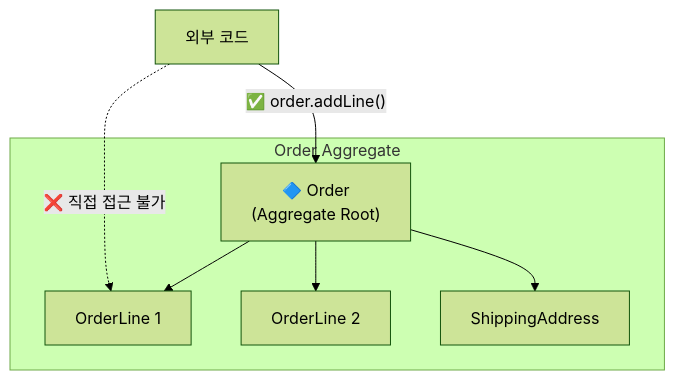
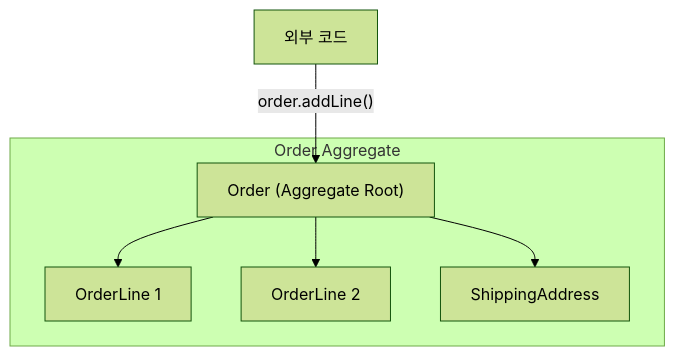
One commit to advanced-beginner/advanced-beginner.github.io changed the second of 3 diagrams in content/ko/ddd/quick-start/_index.md. Above: the diagram before and after it, drawn with Mermaid (forest theme). The commit also changed other lines of this file and 13 other files, not shown here.

````diff
--- a/content/ko/ddd/quick-start/_index.md
+++ b/content/ko/ddd/quick-start/_index.md
@@ -259,17 +200,16 @@
 ```mermaid
 flowchart TB
     subgraph OrderAggregate["Order Aggregate"]
-        Order["🔷 Order<br>(Aggregate Root)"]
+        Order["Order (Aggregate Root)"]
         OL1["OrderLine 1"]
         OL2["OrderLine 2"]
         ADDR["ShippingAddress"]
 
         Order --> OL1
         Order --> OL2
         Order --> ADDR
     end
 
     External["외부 코드"]
-    External -->|"✅ order.addLine()"| Order
-    External -.->|"❌ 직접 접근 불가"| OL1
+    External -->|"order.addLine()"| Order
 ```
````
